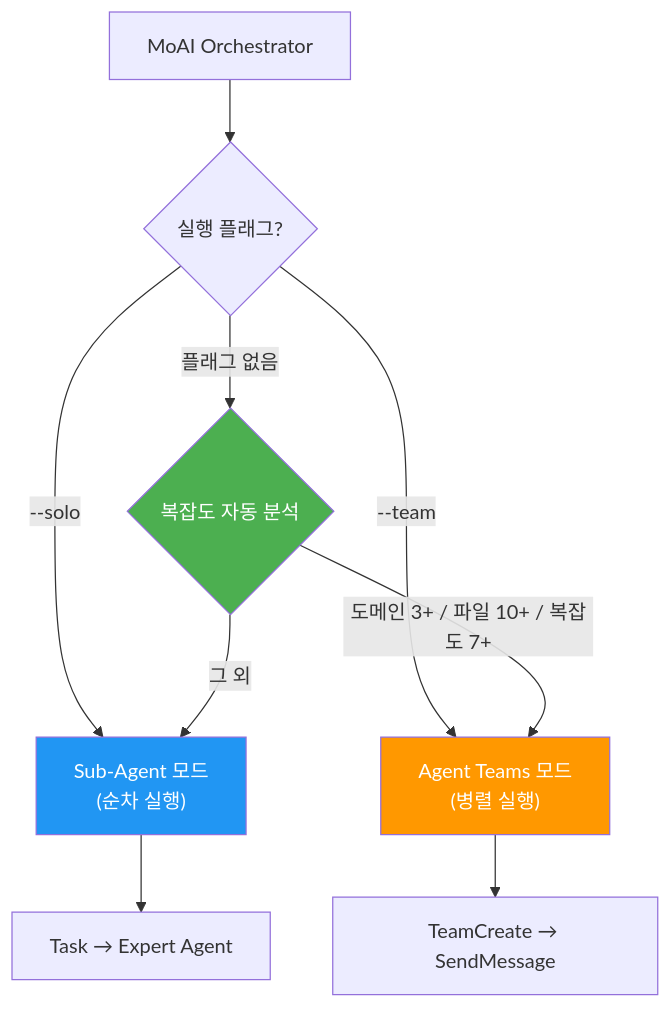
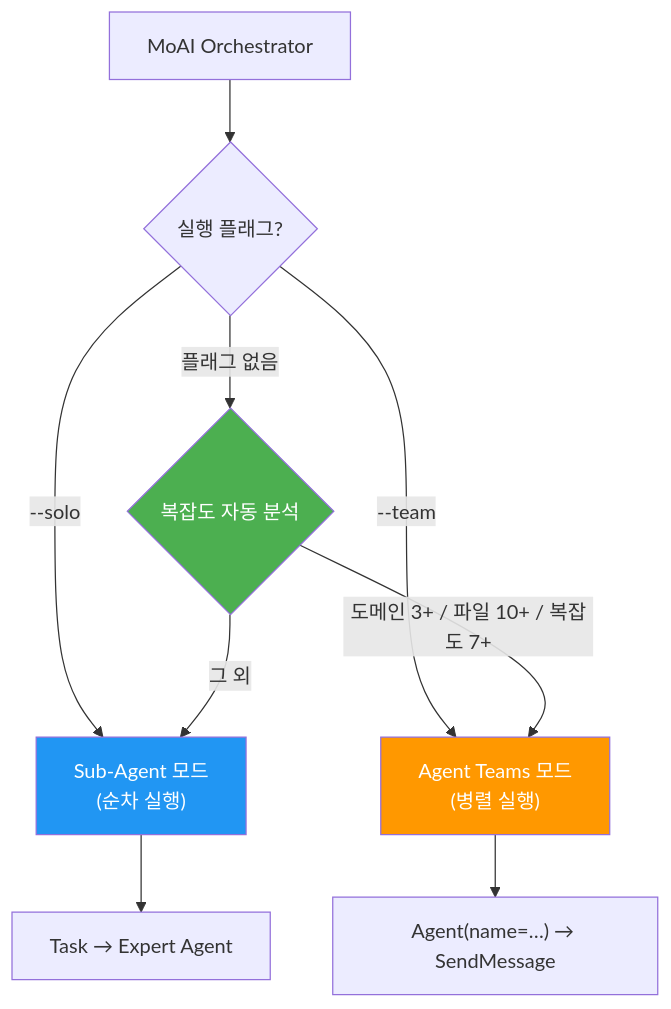
Before and after one commit to modu-ai/moai-adk: the second of 3 diagrams in docs-site/content/ko/getting-started/introduction.md, drawn with Mermaid. The commit also changed 57 other files, not shown here.

````diff
--- a/docs-site/content/ko/getting-started/introduction.md
+++ b/docs-site/content/ko/getting-started/introduction.md
@@ -200,17 +200,17 @@
 ```mermaid
 flowchart TD
     A["MoAI Orchestrator"] --> B{"실행 플래그?"}
     B -->|"--solo"| C["Sub-Agent 모드<br/>(순차 실행)"]
     B -->|"--team"| D["Agent Teams 모드<br/>(병렬 실행)"]
     B -->|"플래그 없음"| E{"복잡도 자동 분석"}
 
     E -->|"도메인 3+ / 파일 10+ / 복잡도 7+"| D
     E -->|"그 외"| C
 
     C --> F["Task → Expert Agent"]
-    D --> G["TeamCreate → SendMessage"]
+    D --> G["Agent(name=…) → SendMessage"]
 
     style C fill:#2196F3,color:#fff
     style D fill:#FF9800,color:#fff
     style E fill:#4CAF50,color:#fff
 ```
````
